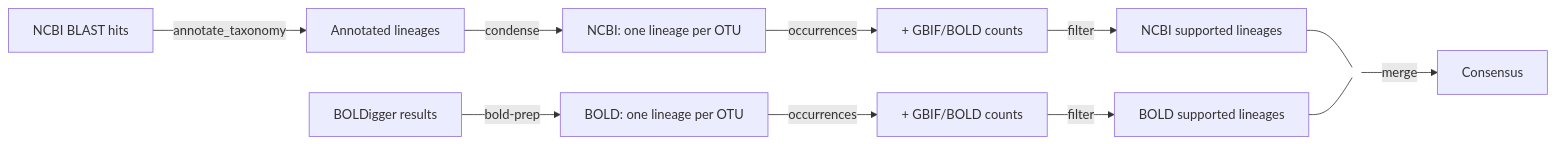
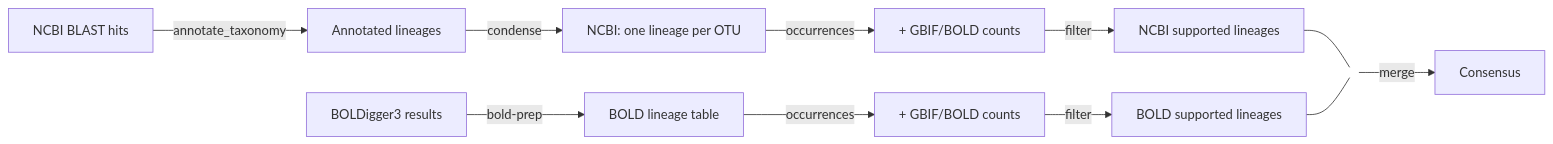
One commit to sararsampaio/taxcord changed the diagram in README.md. Above: the diagram before and after it, drawn with Mermaid. The commit also changed other lines of this file and 4 other files, not shown here.

````diff
--- a/README.md
+++ b/README.md
@@ -19,17 +22,17 @@
 ```mermaid
 flowchart LR
     A[NCBI BLAST hits] -->|annotate_taxonomy| B[Annotated lineages]
     B -->|condense| C[NCBI: one lineage per OTU]
     C -->|occurrences| D[+ GBIF/BOLD counts]
     D -->|filter| E[NCBI supported lineages]
 
-    A2[BOLDigger results] -->|bold-prep| C2[BOLD: one lineage per OTU]
+    A2[BOLDigger3 results] -->|bold-prep| C2[BOLD lineage table]
     C2 -->|occurrences| D2[+ GBIF/BOLD counts]
     D2 -->|filter| E2[BOLD supported lineages]
 
     E --- J(( ))
     E2 --- J(( ))
     J -->|merge| F[Consensus]
 
     style J fill:none,stroke:none
 ```
````
